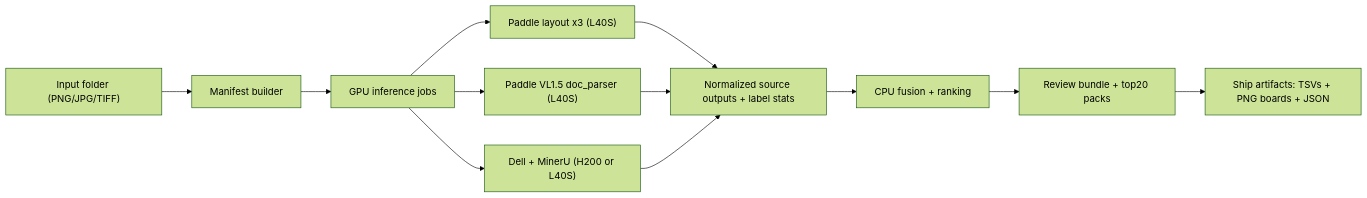
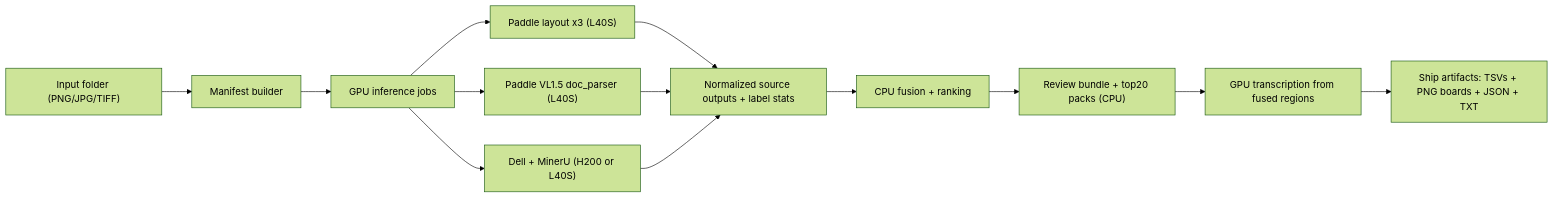
One commit to saulrichardson/newspaper-parsing changed the diagram in README.md. Above: the diagram before and after it, drawn with Mermaid (forest theme). The commit also changed other lines of this file and 22 other files, not shown here.

````diff
--- a/README.md
+++ b/README.md
@@ -42,14 +44,15 @@
 ```mermaid
 flowchart LR
   A["Input folder (PNG/JPG/TIFF)"] --> B["Manifest builder"]
   B --> C["GPU inference jobs"]
   C --> C1["Paddle layout x3 (L40S)"]
   C --> C2["Paddle VL1.5 doc_parser (L40S)"]
   C --> C3["Dell + MinerU (H200 or L40S)"]
   C1 --> D["Normalized source outputs + label stats"]
   C2 --> D
   C3 --> D
   D --> E["CPU fusion + ranking"]
-  E --> F["Review bundle + top20 packs"]
-  F --> G["Ship artifacts: TSVs + PNG boards + JSON"]
+  E --> F["Review bundle + top20 packs (CPU)"]
+  F --> G["GPU transcription from fused regions"]
+  G --> H["Ship artifacts: TSVs + PNG boards + JSON + TXT"]
 ```
````
